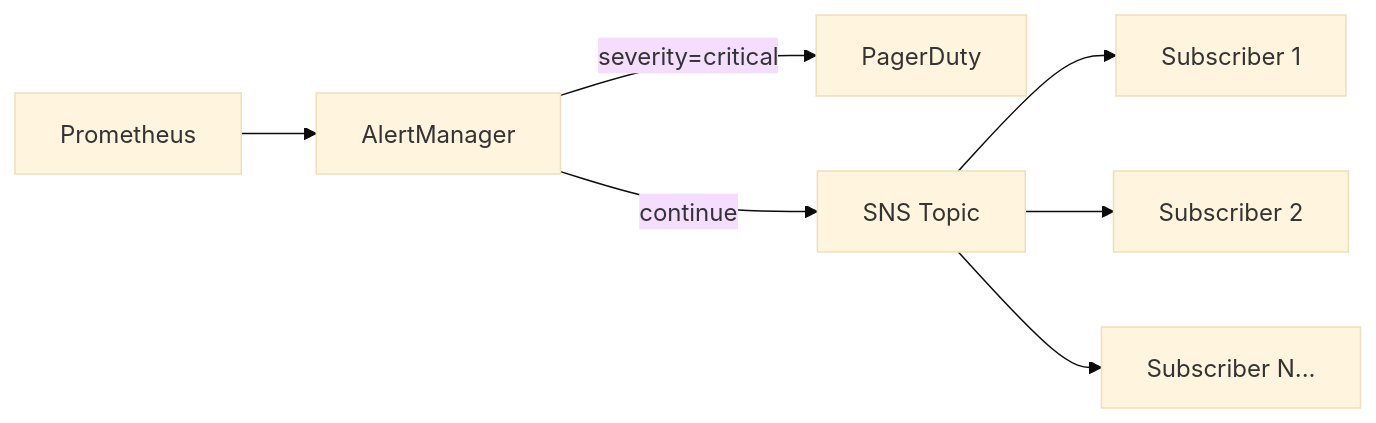
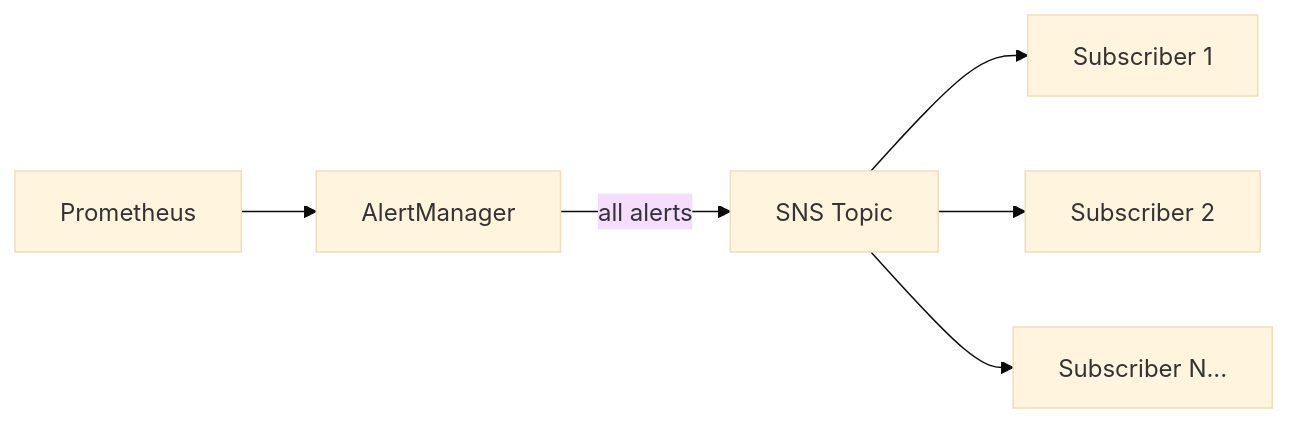
One commit to rosa-regional-platform-ci/rosa-regional-platform changed the second of 3 diagrams in docs/design/alerting-architecture.md. Above: the diagram before and after it, drawn with Mermaid (base theme). The commit also changed other lines of this file, not shown here.

````diff
--- a/docs/design/alerting-architecture.md
+++ b/docs/design/alerting-architecture.md
@@ -95,9 +95,8 @@
 ```mermaid
 flowchart LR
     P[Prometheus] --> AM[AlertManager]
-    AM -->|severity=critical| PD[PagerDuty]
-    AM -->|continue| SNS[SNS Topic]
+    AM -->|all alerts| SNS[SNS Topic]
     SNS --> Sub1[Subscriber 1]
     SNS --> Sub2[Subscriber 2]
     SNS --> SubN[Subscriber N...]
 ```
````
